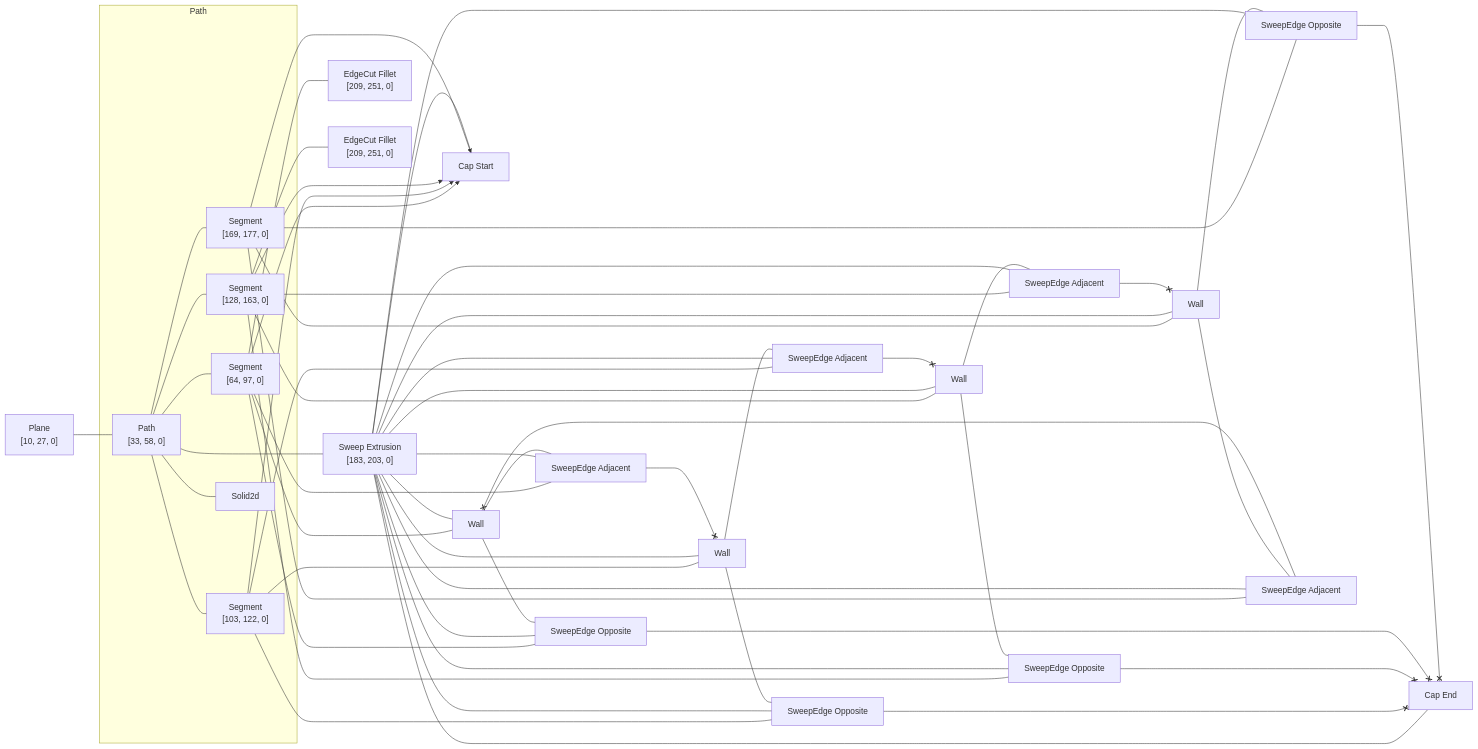
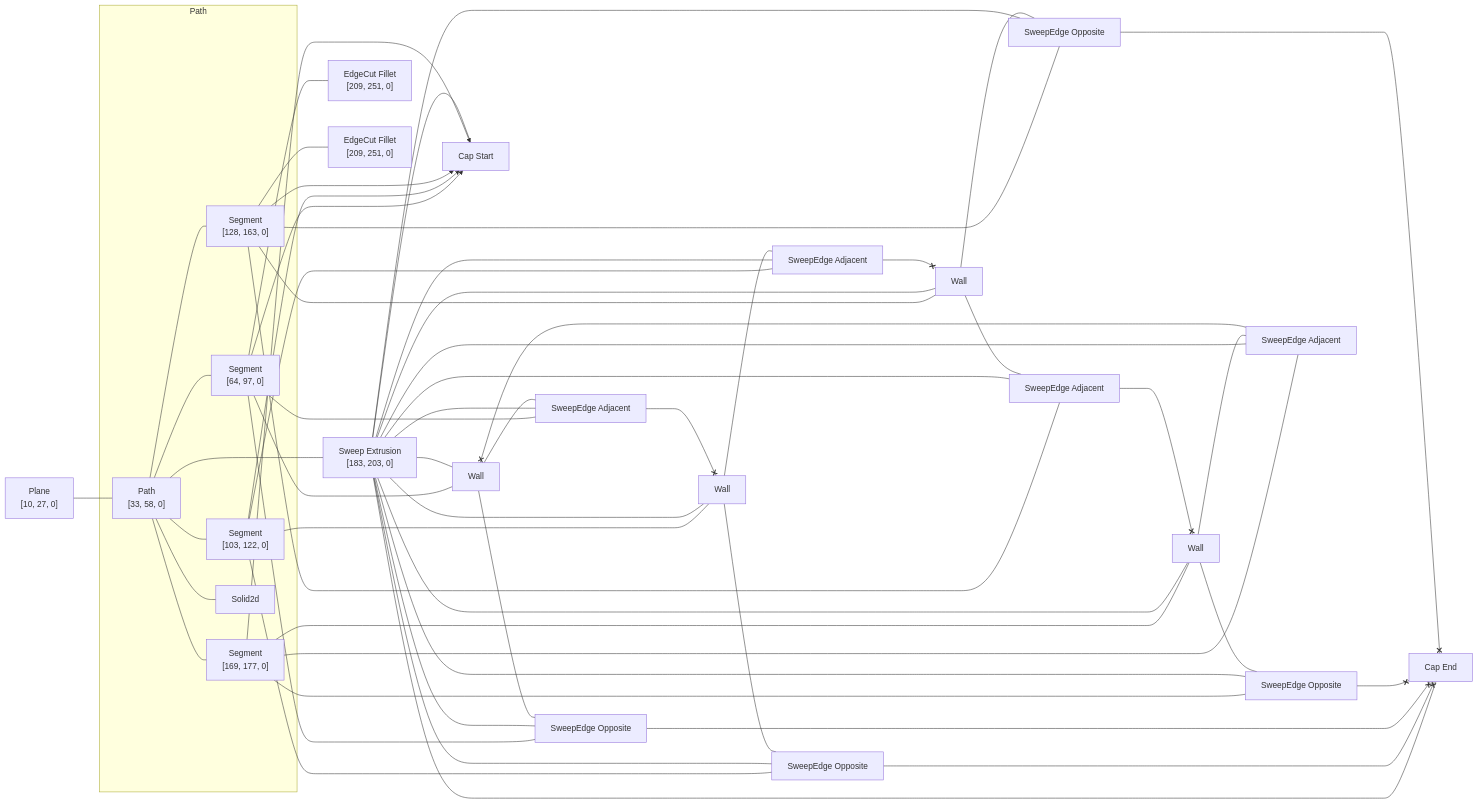
The diagram in rust/kcl-lib/tests/basic_fillet_cube_start/artifact_graph_flowchart.snap.md (rajgandhi1/modeling-app), drawn with Mermaid before and after one commit. The commit also changed 110 other files, not shown here.

```diff
--- a/rust/kcl-lib/tests/basic_fillet_cube_start/artifact_graph_flowchart.snap.md
+++ b/rust/kcl-lib/tests/basic_fillet_cube_start/artifact_graph_flowchart.snap.md
@@ -35,22 +35,22 @@
   2 ---- 8
   3 --- 12
   3 x--> 13
-  3 --- 17
+  3 --- 16
   3 --- 21
   3 --- 23
   4 --- 10
   4 x--> 13
   4 --- 15
-  4 --- 19
+  4 --- 22
   5 --- 9
   5 x--> 13
-  5 --- 16
-  5 --- 22
+  5 --- 18
+  5 --- 20
   5 --- 24
   6 --- 11
   6 x--> 13
-  6 --- 18
-  6 --- 20
+  6 --- 17
+  6 --- 19
   8 --- 9
   8 --- 10
   8 --- 11
@@ -65,17 +65,17 @@
   8 --- 20
   8 --- 21
   8 --- 22
-  9 --- 16
-  19 <--x 9
-  9 --- 22
+  9 --- 18
+  9 --- 20
+  22 <--x 9
   10 --- 15
-  10 --- 19
   21 <--x 10
-  11 --- 18
-  11 --- 20
-  22 <--x 11
-  12 --- 17
-  20 <--x 12
+  10 --- 22
+  11 --- 17
+  11 --- 19
+  20 <--x 11
+  12 --- 16
+  19 <--x 12
   12 --- 21
   15 <--x 14
   16 <--x 14
```
